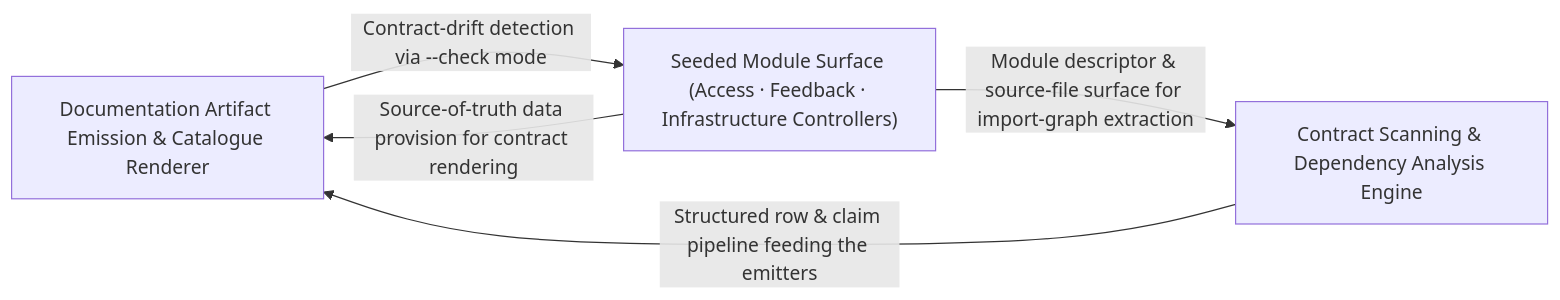
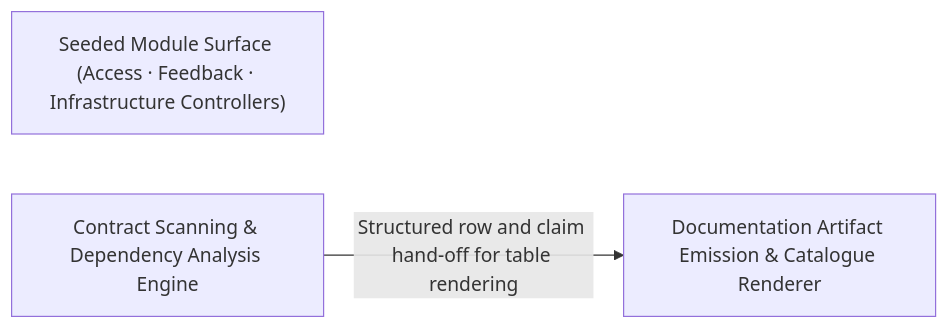
One commit to Guebbit/boilerplate-node-backend changed the diagram in .2brain/arch/Contract_Documentation_Artifact_Generators.md. Above: the diagram before and after it, drawn with Mermaid. The commit also changed other lines of this file and 627 other files, not shown here.

````diff
--- a/.2brain/arch/Contract_Documentation_Artifact_Generators.md
+++ b/.2brain/arch/Contract_Documentation_Artifact_Generators.md
@@ -10,10 +10,7 @@
 ```mermaid
 graph LR
     Documentation_Artifact_Emission_Catalogue_Renderer["Documentation Artifact Emission & Catalogue Renderer"]
     Seeded_Module_Surface_Access_Feedback_Infrastructure_Controllers_["Seeded Module Surface (Access · Feedback · Infrastructure Controllers)"]
     Contract_Scanning_Dependency_Analysis_Engine["Contract Scanning & Dependency Analysis Engine"]
-    Documentation_Artifact_Emission_Catalogue_Renderer -- "Contract-drift detection via --check mode" --> Seeded_Module_Surface_Access_Feedback_Infrastructure_Controllers_
-    Seeded_Module_Surface_Access_Feedback_Infrastructure_Controllers_ -- "Source-of-truth data provision for contract rendering" --> Documentation_Artifact_Emission_Catalogue_Renderer
-    Seeded_Module_Surface_Access_Feedback_Infrastructure_Controllers_ -- "Module descriptor & source-file surface for import-graph extraction" --> Contract_Scanning_Dependency_Analysis_Engine
-    Contract_Scanning_Dependency_Analysis_Engine -- "Structured row & claim pipeline feeding the emitters" --> Documentation_Artifact_Emission_Catalogue_Renderer
+    Contract_Scanning_Dependency_Analysis_Engine -- "Structured row and claim hand-off for table rendering" --> Documentation_Artifact_Emission_Catalogue_Renderer
 ```
````
